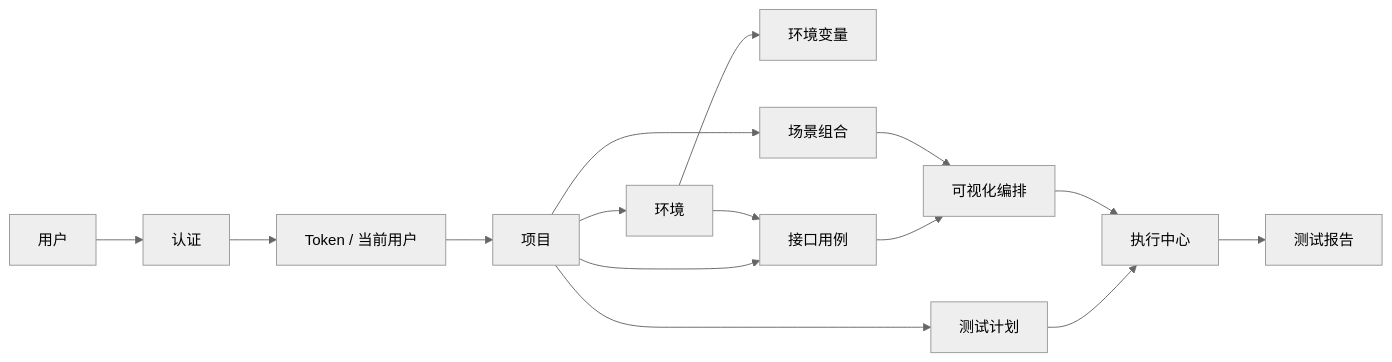
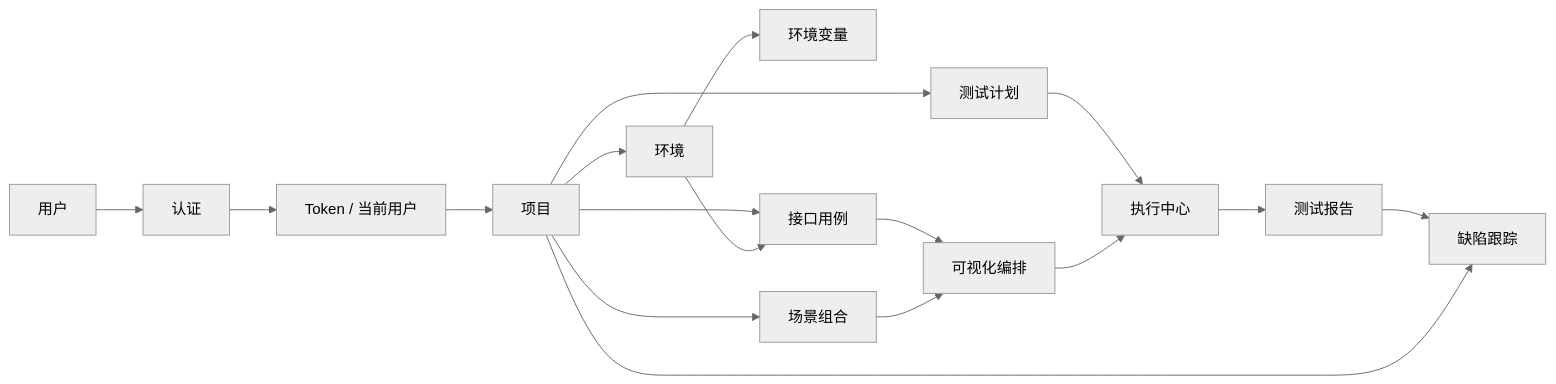
One commit to hl8951593-design/test_platform_front changed the diagram in docs/technical-architecture.md. Above: the diagram before and after it, drawn with Mermaid (neutral theme). The commit also changed other lines of this file and 68 other files, not shown here.

````diff
--- a/docs/technical-architecture.md
+++ b/docs/technical-architecture.md
@@ -283,17 +291,19 @@
 ```mermaid
 flowchart LR
   User["用户"] --> Auth["认证"]
   Auth --> Token["Token / 当前用户"]
   Token --> Project["项目"]
   Project --> Environment["环境"]
   Environment --> EnvVars["环境变量"]
   Project --> Plan["测试计划"]
   Project --> ApiCase["接口用例"]
   Environment --> ApiCase
   Project --> Scenario["场景组合"]
   ApiCase --> Flow["可视化编排"]
   Scenario --> Flow
   Plan --> Execution["执行中心"]
   Flow --> Execution
   Execution --> Report["测试报告"]
+  Report --> Defect["缺陷跟踪"]
+  Project --> Defect
 ```
````
